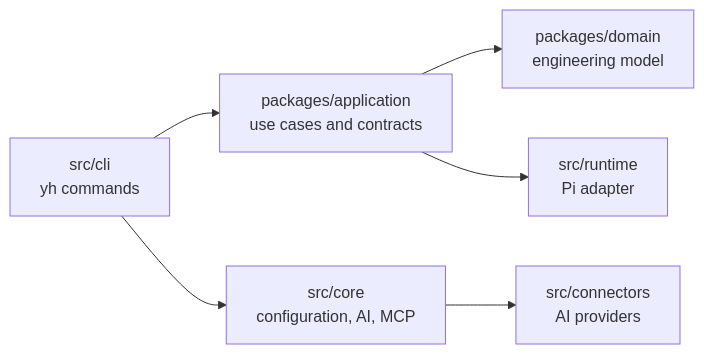
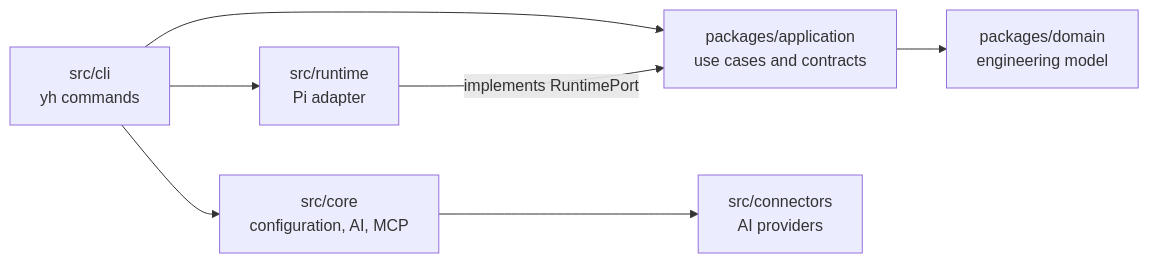
The diagram in docs/02-architecture/System-Overview.md (lucasjaviluna/your-harness-v2), drawn with Mermaid before and after one commit. The commit also changed other lines of this file and 7 other files, not shown here.

````diff
--- a/docs/02-architecture/System-Overview.md
+++ b/docs/02-architecture/System-Overview.md
@@ -7,8 +7,9 @@
 ```mermaid
 flowchart LR
   CLI["src/cli\nyh commands"] --> APP["packages/application\nuse cases and contracts"]
   APP --> DOMAIN["packages/domain\nengineering model"]
-  APP --> RUNTIME["src/runtime\nPi adapter"]
+  RUNTIME["src/runtime\nPi adapter"] -->|implements RuntimePort| APP
+  CLI --> RUNTIME
   CLI --> CORE["src/core\nconfiguration, AI, MCP"]
   CORE --> CONNECTORS["src/connectors\nAI providers"]
 ```
````
